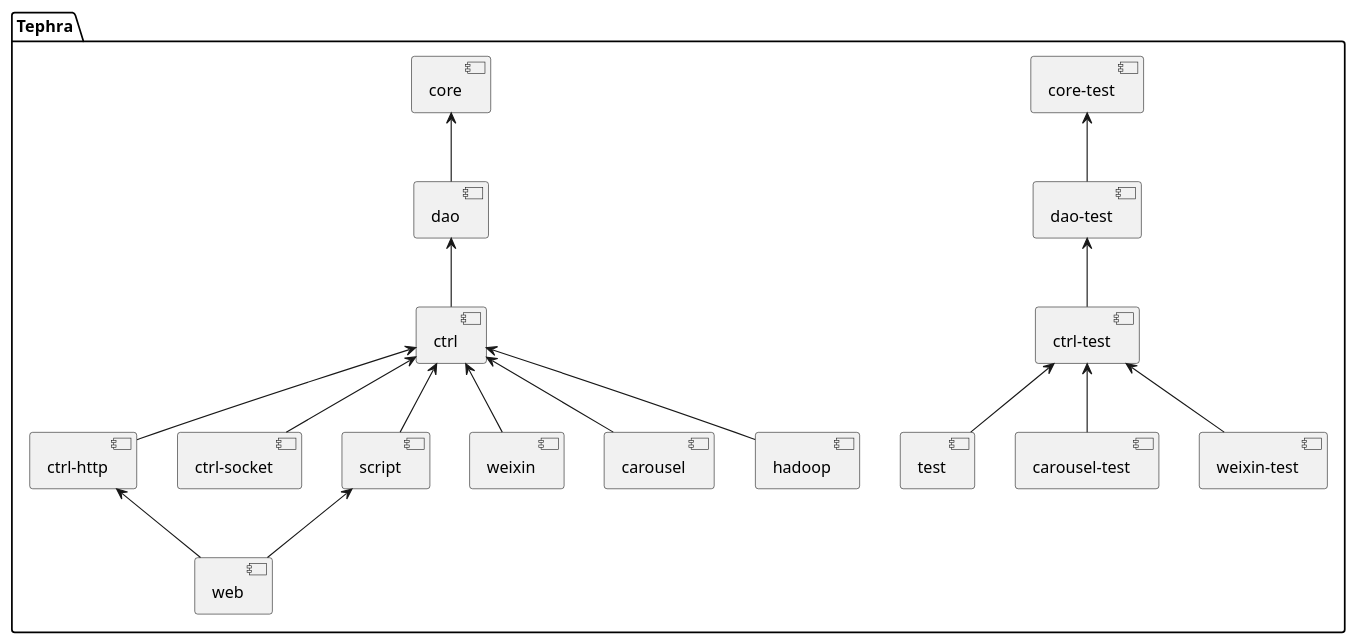
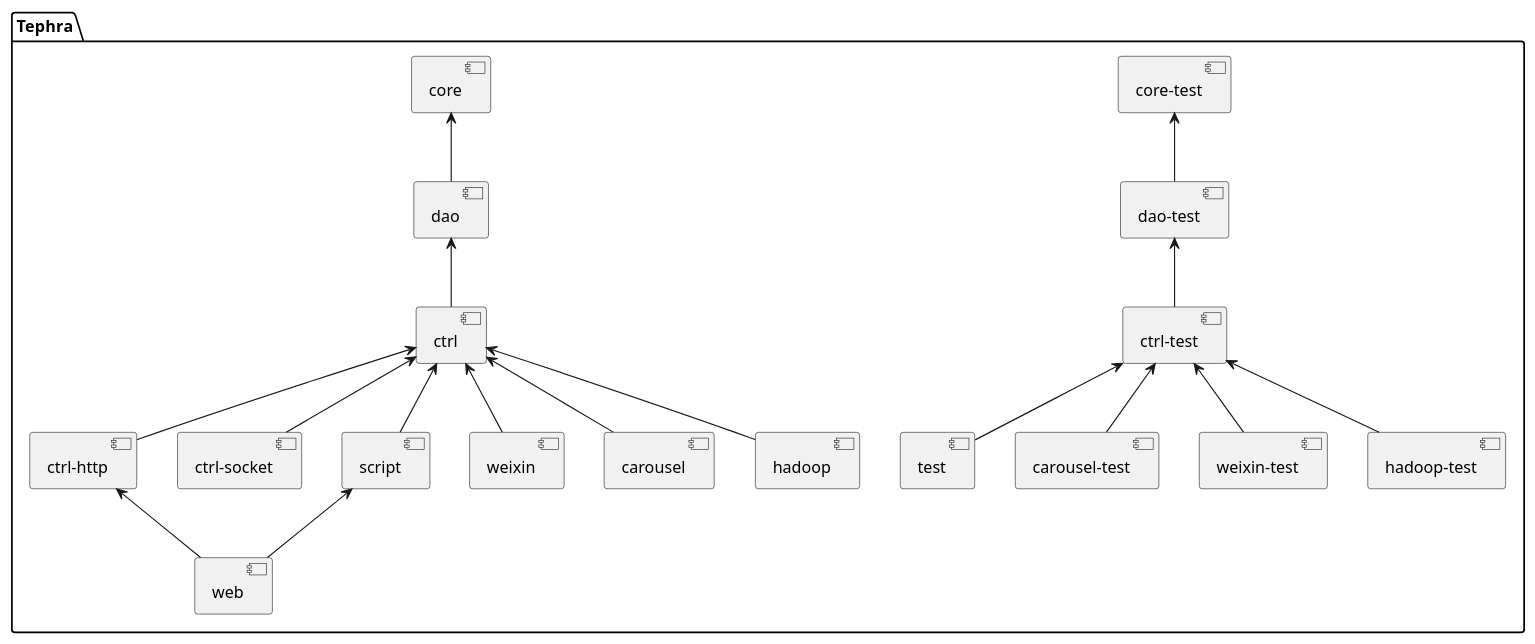
Before and after one commit to wangscript007/tephra: the diagram in doc/uml/front/first/module.puml, drawn with PlantUML. The commit also changed 4 other files, not shown here.

```diff
--- a/doc/uml/front/first/module.puml
+++ b/doc/uml/front/first/module.puml
@@ -1,22 +1,23 @@
 @startuml
 
 package Tephra {
 [core-test] <-- [dao-test]
 [dao-test] <-- [ctrl-test]
 [ctrl-test] <-- [test]
 [ctrl-test] <-- [carousel-test]
 [ctrl-test] <-- [weixin-test]
+[ctrl-test] <-- [hadoop-test]
 
 [core] <-- [dao]
 [dao] <-- [ctrl]
 [ctrl] <-- [ctrl-http]
 [ctrl] <-- [ctrl-socket]
 [ctrl] <-- [script]
 [ctrl] <-- [weixin]
 [ctrl] <-- [carousel]
 [ctrl] <-- [hadoop]
 [script] <-- [web]
 [ctrl-http] <-- [web]
 }
 
 @enduml
```
